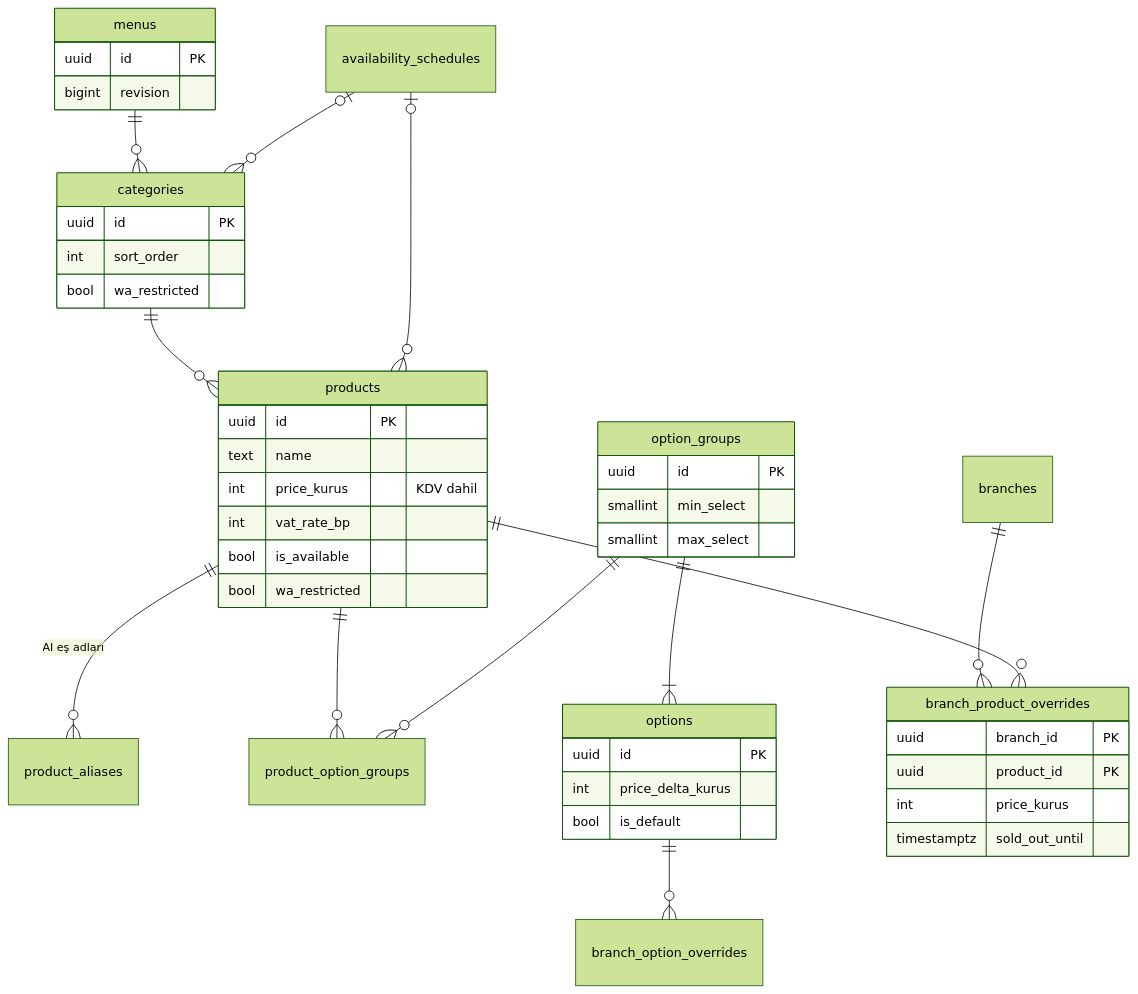
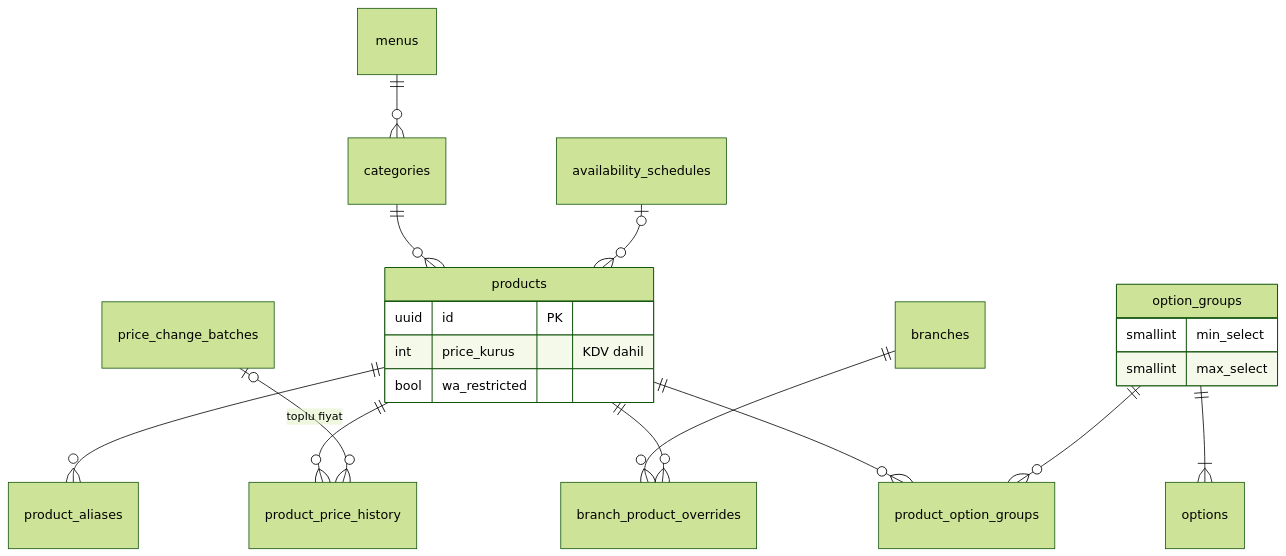
One commit to eraycaylak/siparisinonunde changed the second of 9 diagrams in docs/07-veri-modeli-ve-api.md. Above: the diagram before and after it, drawn with Mermaid (forest theme). The commit also changed other lines of this file, not shown here.

````diff
--- a/docs/07-veri-modeli-ve-api.md
+++ b/docs/07-veri-modeli-ve-api.md
@@ -156,35 +146,23 @@
 ```mermaid
 erDiagram
   menus ||--o{ categories : ""
   categories ||--o{ products : ""
-  products ||--o{ product_aliases : "AI eş adları"
+  products ||--o{ product_aliases : ""
   products ||--o{ product_option_groups : ""
   option_groups ||--o{ product_option_groups : ""
   option_groups ||--|{ options : ""
   branches ||--o{ branch_product_overrides : ""
   products ||--o{ branch_product_overrides : ""
-  options ||--o{ branch_option_overrides : ""
+  products ||--o{ product_price_history : ""
+  price_change_batches |o--o{ product_price_history : "toplu fiyat"
   availability_schedules |o--o{ products : ""
-  availability_schedules |o--o{ categories : ""
-  menus { uuid id PK
-    bigint revision }
-  categories { uuid id PK
-    int sort_order
-    bool wa_restricted }
-  products { uuid id PK
-    text name
+  products {
+    uuid id PK
     int price_kurus "KDV dahil"
-    int vat_rate_bp
-    bool is_available
-    bool wa_restricted }
-  option_groups { uuid id PK
+    bool wa_restricted
+  }
+  option_groups {
     smallint min_select
-    smallint max_select }
-  options { uuid id PK
-    int price_delta_kurus
-    bool is_default }
-  branch_product_overrides { uuid branch_id PK
-    uuid product_id PK
-    int price_kurus
-    timestamptz sold_out_until }
+    smallint max_select
+  }
 ```
````
